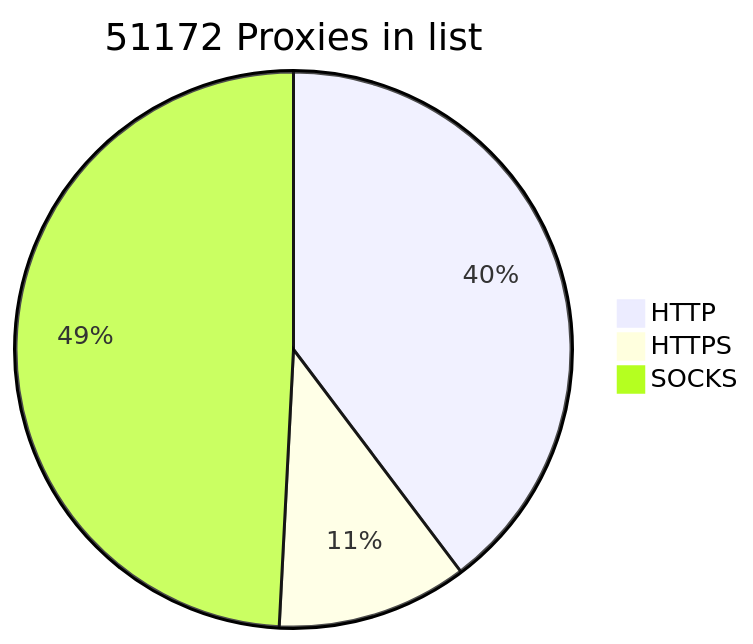
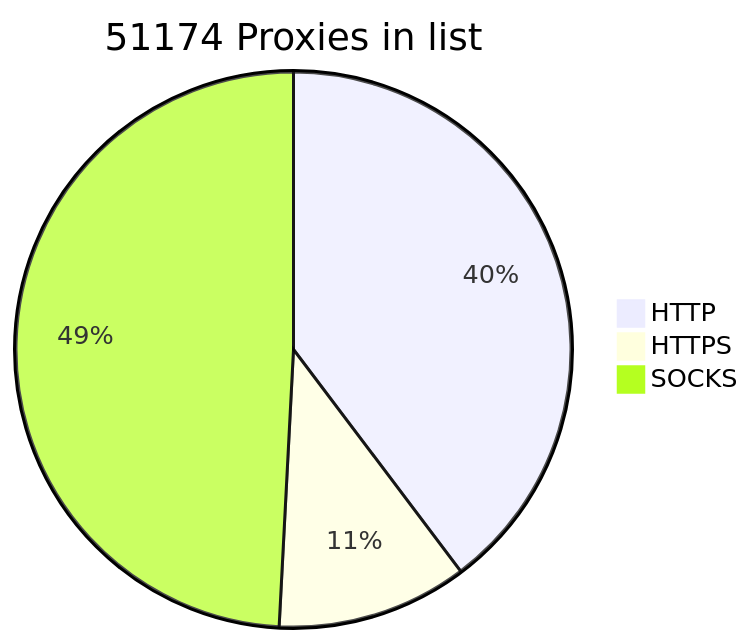
The diagram in README.md (BlackSnowDot/proxylist-update-every-minute), drawn with Mermaid before and after one commit.

````diff
--- a/README.md
+++ b/README.md
@@ -2,6 +2,6 @@
 ```mermaid
-pie title 51172 Proxies in list
-    "HTTP" : 22557
-    "HTTPS": 6301
+pie title 51174 Proxies in list
+    "HTTP" : 22555
+    "HTTPS": 6307
     "SOCKS" : 27926
 ```
````
